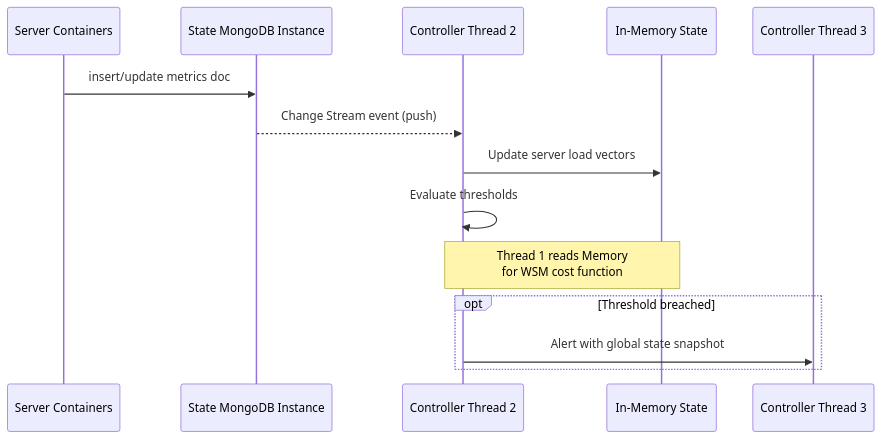
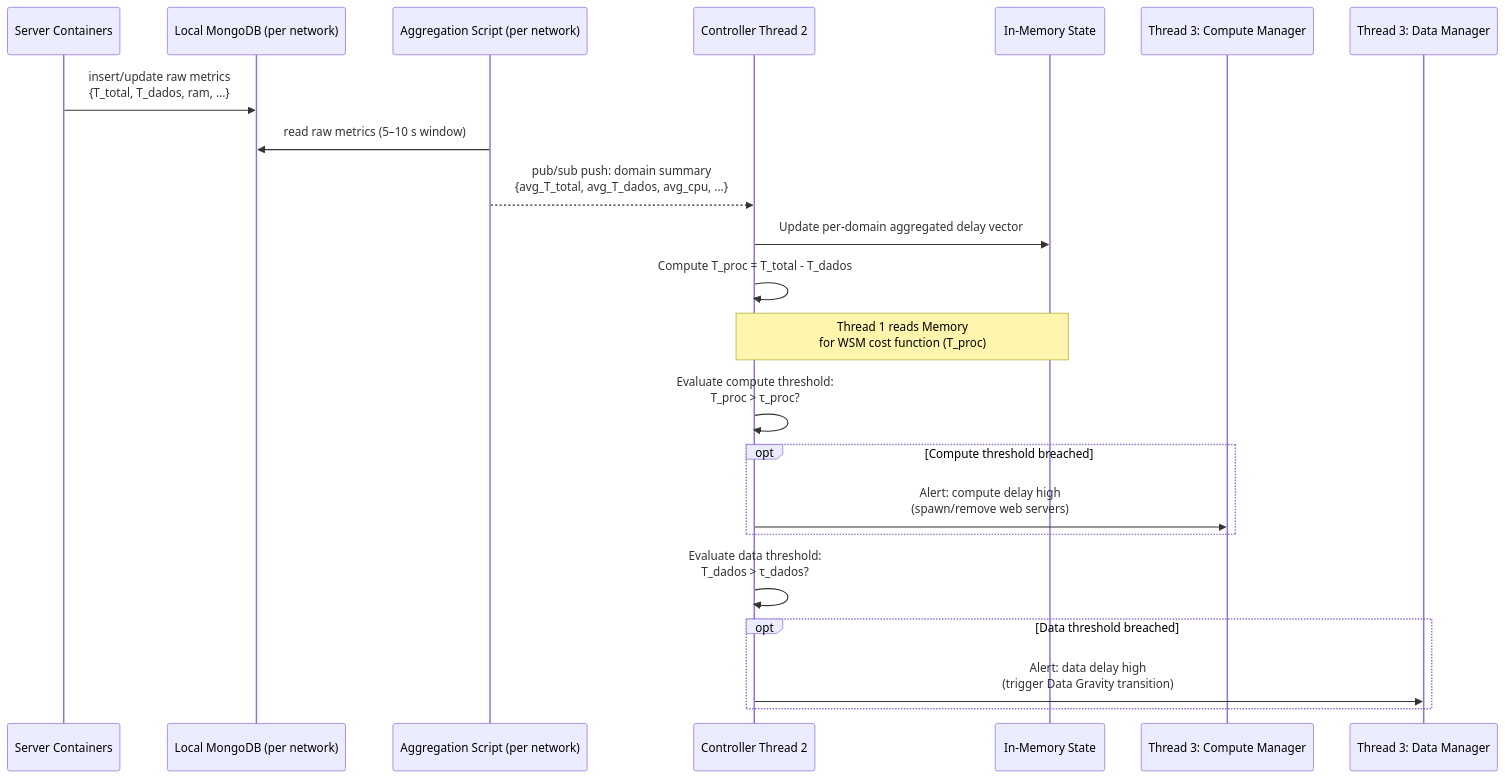
One commit to poioe20p/efficient-storage-in-edge-scenarios changed the second of 7 diagrams in docs/operation/system_mechanisms.md. Above: the diagram before and after it, drawn with Mermaid. The commit also changed other lines of this file and 44 other files, not shown here.

Commit message:
can dynamically add server or storage nodes to either network

````diff
--- a/docs/operation/system_mechanisms.md
+++ b/docs/operation/system_mechanisms.md
@@ -196,17 +117,25 @@
 ```mermaid
 sequenceDiagram
     participant Servers as Server Containers
-    participant StateMongo as State MongoDB Instance
+    participant LocalMongo as Local MongoDB (per network)
+    participant AggScript as Aggregation Script (per network)
     participant T2 as Controller Thread 2
     participant Memory as In-Memory State
-    participant T3 as Controller Thread 3
+    participant TComp as Thread 3: Compute Manager
+    participant TData as Thread 3: Data Manager
 
-    Servers->>StateMongo: insert/update metrics doc
-    StateMongo-->>T2: Change Stream event (push)
-    T2->>Memory: Update server load vectors
-    T2->>T2: Evaluate thresholds
-    Note over T2,Memory: Thread 1 reads Memory<br/>for WSM cost function
-    opt Threshold breached
-        T2->>T3: Alert with global state snapshot
+    Servers->>LocalMongo: insert/update raw metrics<br/>{T_total, T_dados, ram, ...}
+    AggScript->>LocalMongo: read raw metrics (5–10 s window)
+    AggScript-->>T2: pub/sub push: domain summary<br/>{avg_T_total, avg_T_dados, avg_cpu, ...}
+    T2->>Memory: Update per-domain aggregated delay vector
+    T2->>T2: Compute T_proc = T_total - T_dados
+    Note over T2,Memory: Thread 1 reads Memory<br/>for WSM cost function (T_proc)
+    T2->>T2: Evaluate compute threshold:<br/>T_proc > τ_proc?
+    opt Compute threshold breached
+        T2->>TComp: Alert: compute delay high<br/>(spawn/remove web servers)
+    end
+    T2->>T2: Evaluate data threshold:<br/>T_dados > τ_dados?
+    opt Data threshold breached
+        T2->>TData: Alert: data delay high<br/>(trigger Data Gravity transition)
     end
 ```
````
